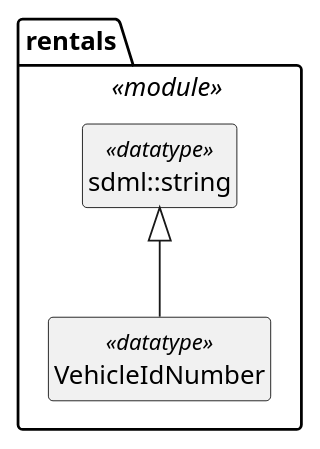
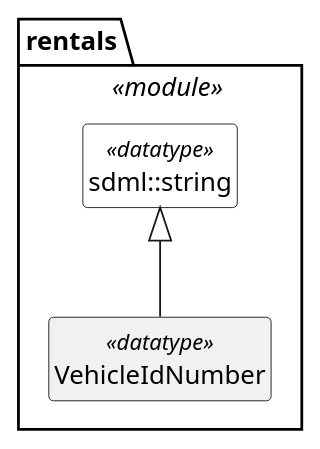
One commit to sdm-lang/tree-sitter-sdml changed the ninth of 19 diagrams in docs/uml-profile.org. Above: the diagram before and after it, drawn with PlantUML. The commit also changed other lines of this file and 25 other files, not shown here.

Commit message:
docs: working on UML profile

```diff
--- a/docs/uml-profile.org
+++ b/docs/uml-profile.org
@@ -143,11 +349,15 @@
 #+BEGIN_SRC plantuml :file uml-ex-datatype.svg
 skinparam backgroundColor transparent
+skinparam style strictuml
+skinparam linetype polyline
+skinparam nodesep 60
+
 hide circle
 hide members
 
 package rentals <<module>> {
-    class sdml::string <<datatype>> {}
+    class sdml::string <<datatype>> #white {}
     class VehicleIdNumber <<datatype>> {}
     VehicleIdNumber -u-|> sdml::string
 }
 #+END_SRC
```
